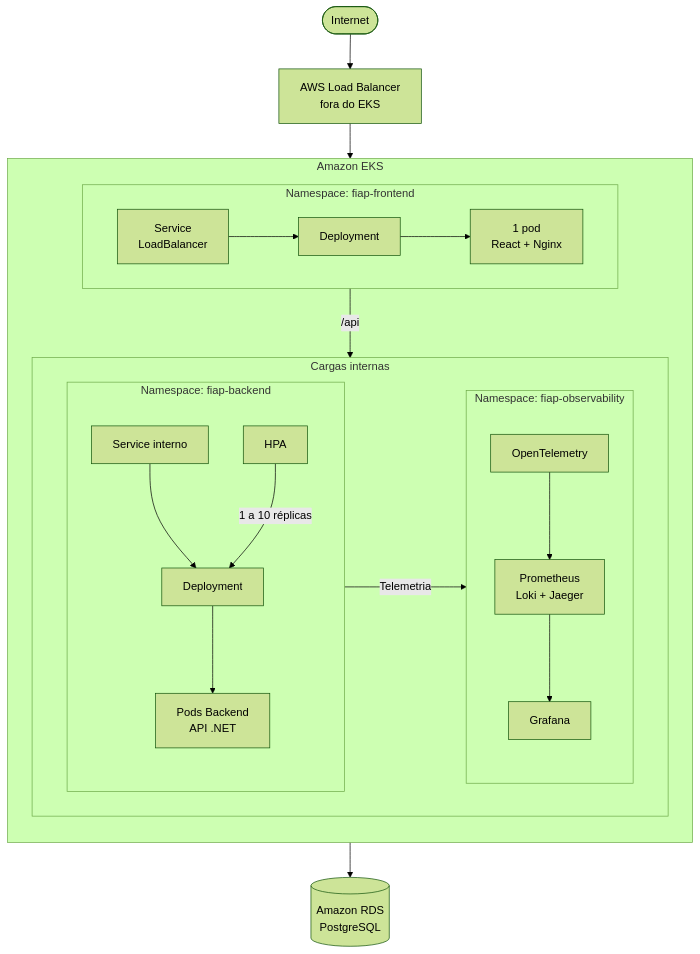
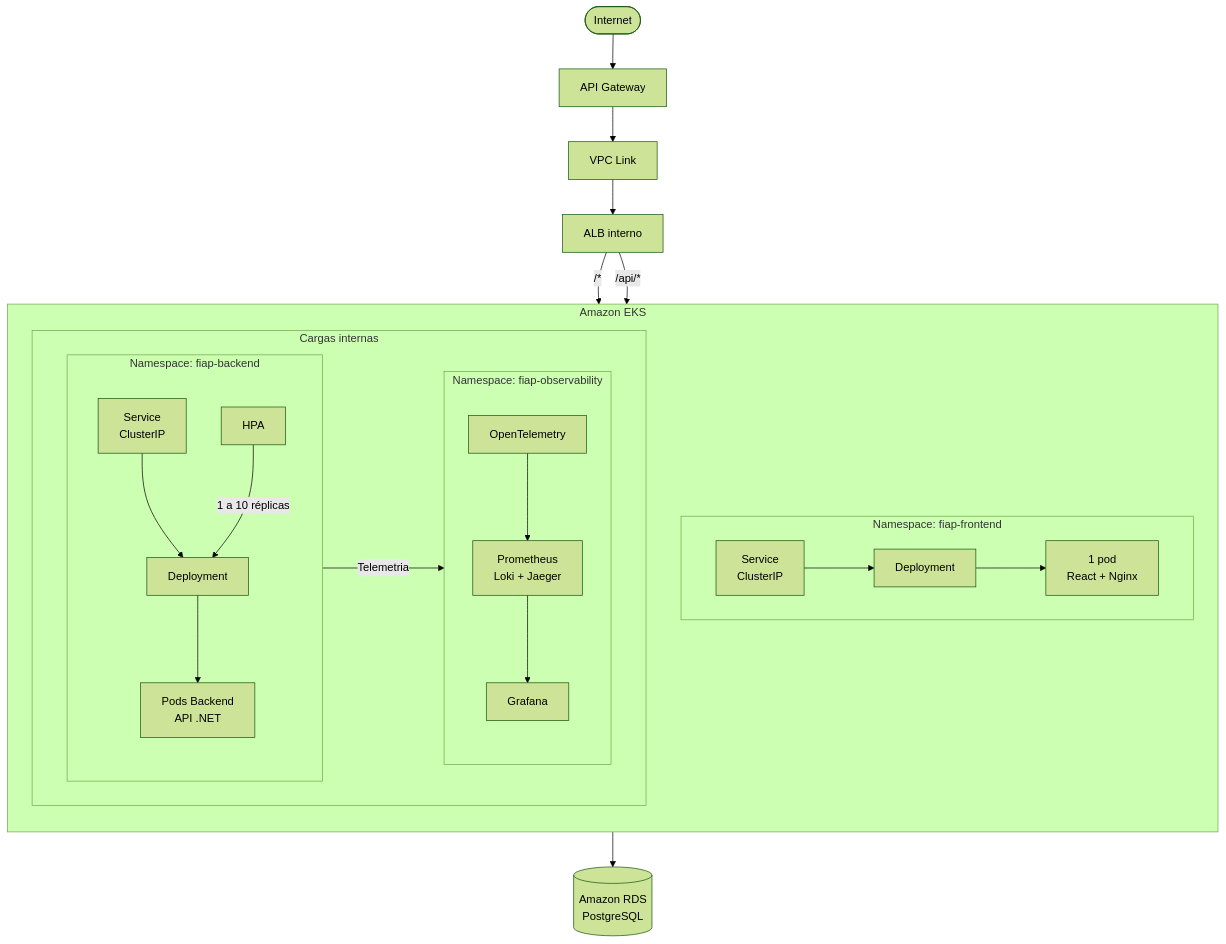
One commit to Maieru/fiap-tech-challenge changed the second of 3 diagrams in docs/ARQUITETURA.md. Above: the diagram before and after it, drawn with Mermaid (forest theme). The commit also changed other lines of this file and 7 other files, not shown here.

Commit message:
Adição inicial de API Gateway + recursos necessários para seu funcionamento

````diff
--- a/docs/ARQUITETURA.md
+++ b/docs/ARQUITETURA.md
@@ -41,37 +44,39 @@
 ```mermaid
 flowchart TB
-    Internet([Internet]) --> LoadBalancer["AWS Load Balancer<br/>fora do EKS"]
+    Internet([Internet]) --> Gateway["API Gateway"]
+    Gateway --> Link["VPC Link"]
+    Link --> ALB["ALB interno"]
 
     subgraph EKS["Amazon EKS"]
         direction TB
 
         subgraph FrontNS["Namespace: fiap-frontend"]
             direction LR
-            FrontService["Service<br/>LoadBalancer"] --> FrontDeploy[Deployment]
+            FrontService["Service<br/>ClusterIP"] --> FrontDeploy[Deployment]
             FrontDeploy --> FrontPods["1 pod<br/>React + Nginx"]
         end
 
         subgraph Internal["Cargas internas"]
             direction LR
 
             subgraph BackNS["Namespace: fiap-backend"]
                 direction TB
-                BackService[Service interno] --> BackDeploy[Deployment]
+                BackService["Service<br/>ClusterIP"] --> BackDeploy[Deployment]
                 HPA[HPA] -->|1 a 10 réplicas| BackDeploy
                 BackDeploy --> BackPods["Pods Backend<br/>API .NET"]
             end
 
             subgraph ObsNS["Namespace: fiap-observability"]
                 direction TB
                 Telemetry[OpenTelemetry] --> Monitoring["Prometheus<br/>Loki + Jaeger"]
                 Monitoring --> Grafana[Grafana]
             end
         end
 
-        FrontPods -->|/api| BackService
         BackPods -->|Telemetria| Telemetry
     end
 
-    LoadBalancer --> FrontService
+    ALB -->|"/*"| FrontService
+    ALB -->|"/api/*"| BackService
     BackPods --> RDS[(Amazon RDS<br/>PostgreSQL)]
 ```
````
